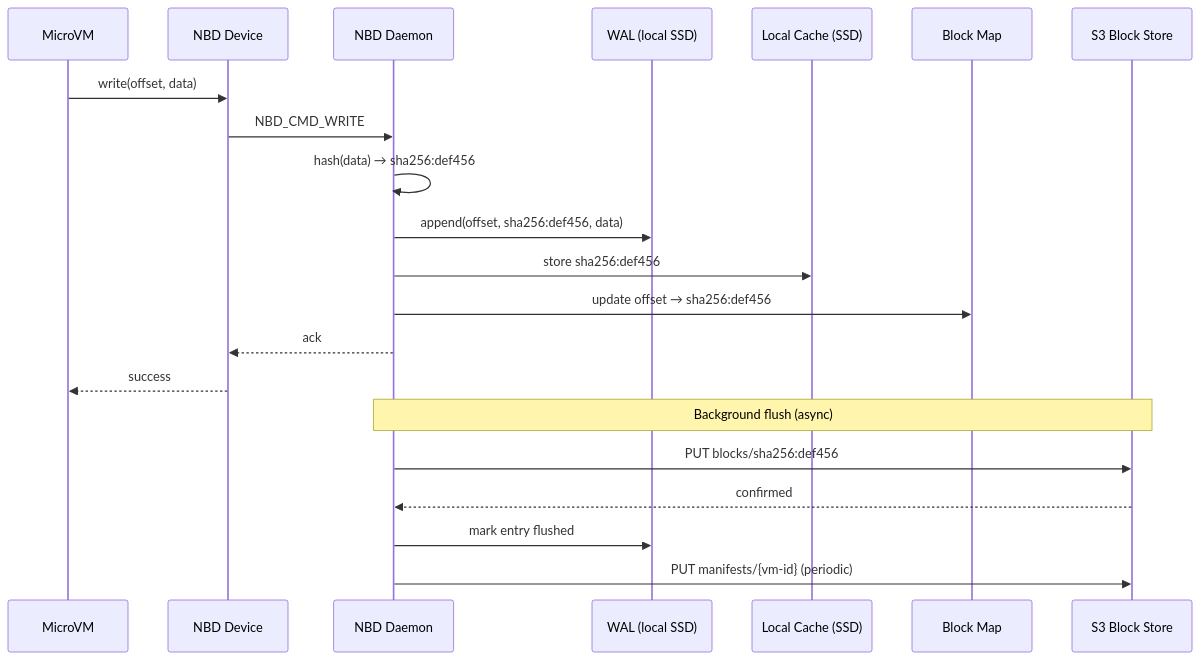
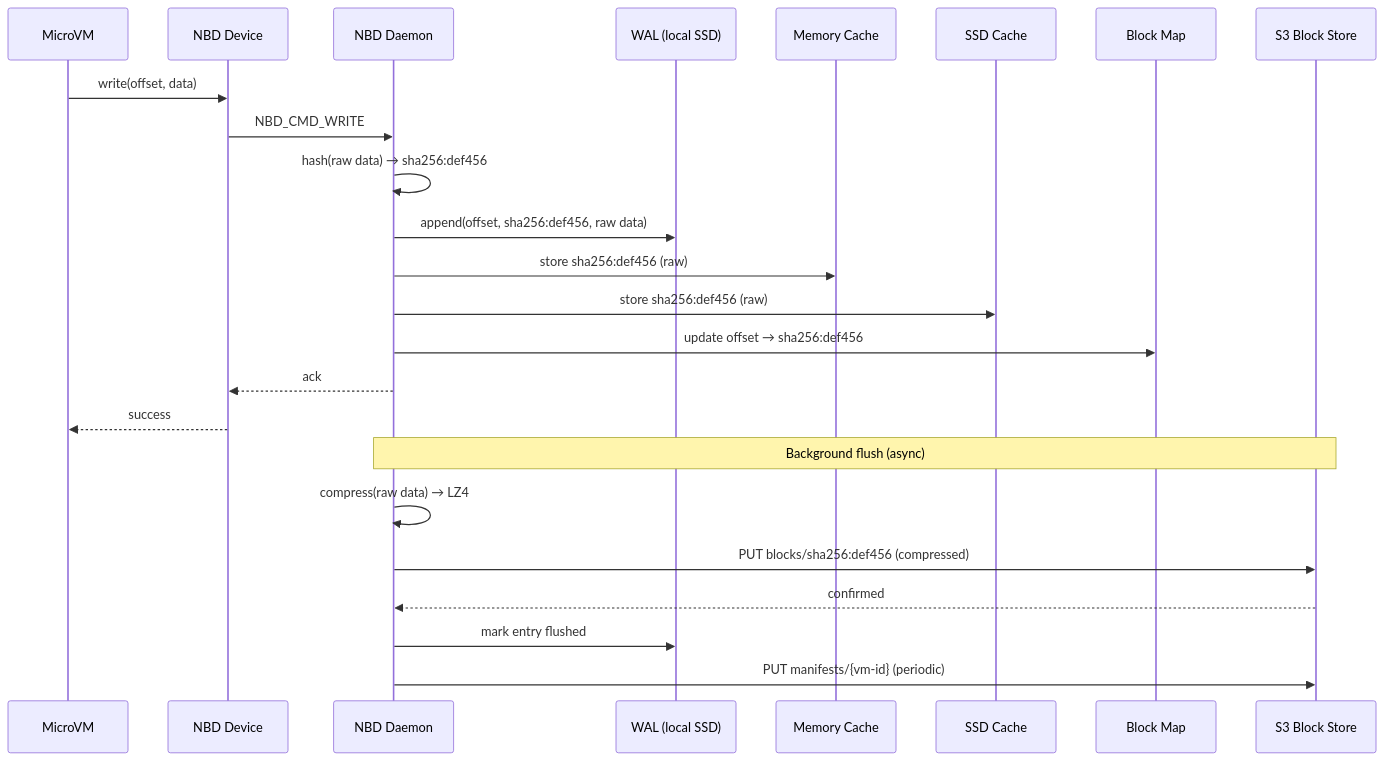
One commit to paraglidehq/glidefs changed the third of 14 diagrams in GLIDEv2.md. Above: the diagram before and after it, drawn with Mermaid. The commit also changed other lines of this file, not shown here.

````diff
--- a/GLIDEv2.md
+++ b/GLIDEv2.md
@@ -130,25 +144,28 @@
 ```mermaid
 sequenceDiagram
     participant VM as MicroVM
     participant NBD as NBD Device
     participant D as NBD Daemon
     participant WAL as WAL (local SSD)
-    participant C as Local Cache (SSD)
+    participant MC as Memory Cache
+    participant SC as SSD Cache
     participant M as Block Map
     participant S3 as S3 Block Store
 
     VM->>NBD: write(offset, data)
     NBD->>D: NBD_CMD_WRITE
-    D->>D: hash(data) → sha256:def456
-    D->>WAL: append(offset, sha256:def456, data)
-    D->>C: store sha256:def456
+    D->>D: hash(raw data) → sha256:def456
+    D->>WAL: append(offset, sha256:def456, raw data)
+    D->>MC: store sha256:def456 (raw)
+    D->>SC: store sha256:def456 (raw)
     D->>M: update offset → sha256:def456
     D-->>NBD: ack
     NBD-->>VM: success
 
     Note over D,S3: Background flush (async)
-    D->>S3: PUT blocks/sha256:def456
+    D->>D: compress(raw data) → LZ4
+    D->>S3: PUT blocks/sha256:def456 (compressed)
     S3-->>D: confirmed
     D->>WAL: mark entry flushed
     D->>S3: PUT manifests/{vm-id} (periodic)
 ```
````
